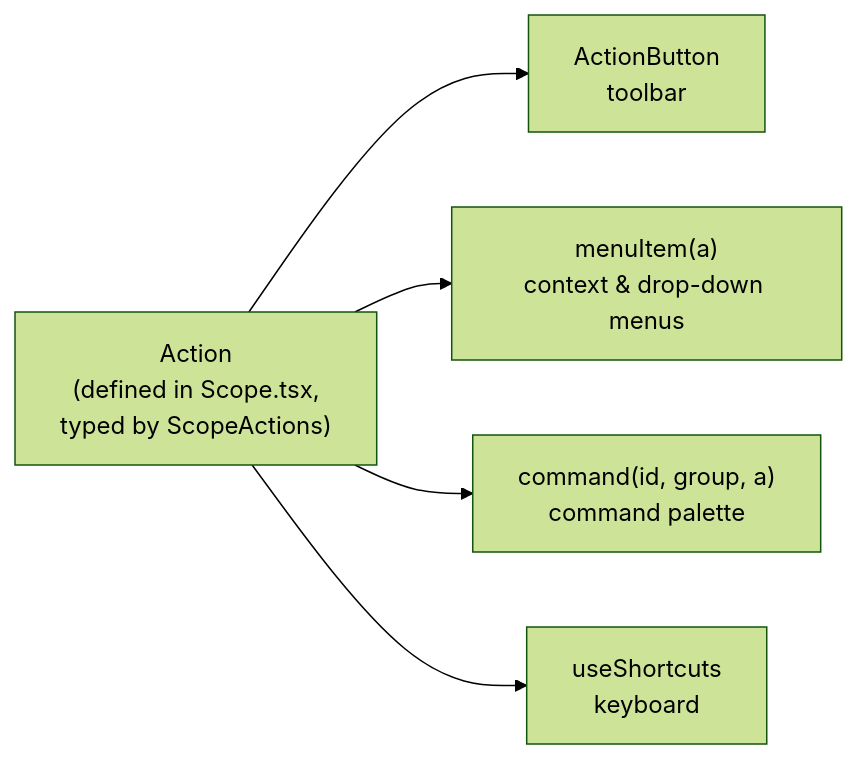
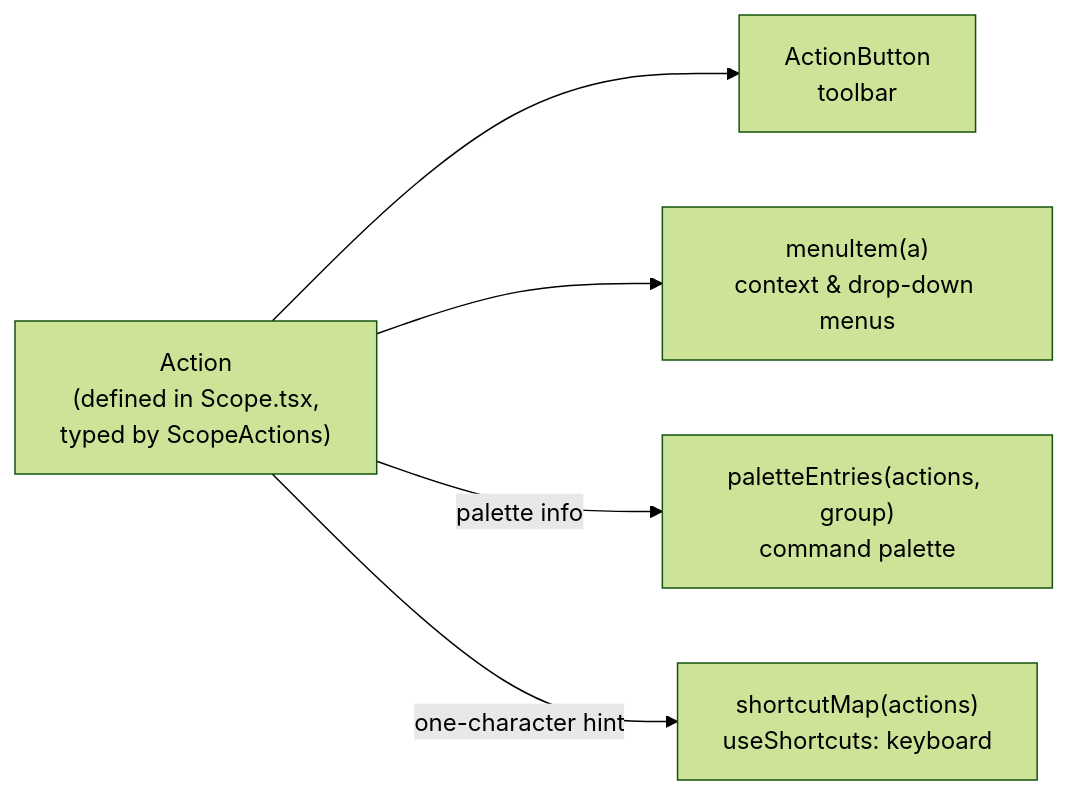
One commit to TeodorSameisky/SCOPE_VIEWER changed the second of 2 diagrams in docs/ui.md. Above: the diagram before and after it, drawn with Mermaid (forest theme). The commit also changed other lines of this file and 49 other files, not shown here.

````diff
--- a/docs/ui.md
+++ b/docs/ui.md
@@ -94,8 +95,8 @@
 ```mermaid
 flowchart LR
   A["Action<br/>(defined in Scope.tsx,<br/>typed by ScopeActions)"]
   A --> T["ActionButton<br/>toolbar"]
   A --> M["menuItem(a)<br/>context & drop-down menus"]
-  A --> P["command(id, group, a)<br/>command palette"]
-  A --> K["useShortcuts<br/>keyboard"]
+  A -- "palette info" --> P["paletteEntries(actions, group)<br/>command palette"]
+  A -- "one-character hint" --> K["shortcutMap(actions)<br/>useShortcuts: keyboard"]
 ```
````
